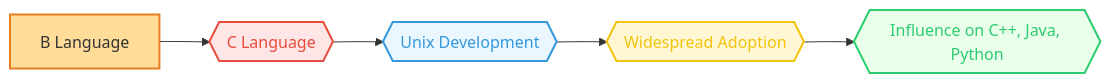
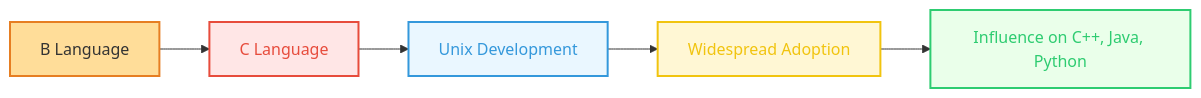
The first of 3 diagrams in _posts/2024-11-04-c-language-basics.md (infoyouth/infoyouth.github.io), drawn with Mermaid before and after one commit. The commit also changed other lines of this file and 1 other file, not shown here.

````diff
--- a/_posts/2024-11-04-c-language-basics.md
+++ b/_posts/2024-11-04-c-language-basics.md
@@ -58,14 +63,14 @@
 ```mermaid
 graph LR
-    A[B Language] --> B{{<span style="color:#e74c3c">C Language</span>}}
-    B --> C{{<span style="color:#3498db">Unix Development</span>}}
-    C --> D{{<span style="color:#f1c40f">Widespread Adoption</span>}}
-    D --> E{{<span style="color:#2ecc71">Influence on C++, Java, Python</span>}}
+    A[B Language] --> B[<span style="color:#e74c3c">C Language</span>]
+    B --> C[<span style="color:#3498db">Unix Development</span>]
+    C --> D[<span style="color:#f1c40f">Widespread Adoption</span>]
+    D --> E[<span style="color:#2ecc71">Influence on C++, Java, Python</span>]
     
     style A fill:#ffdd99,stroke:#e67e22,stroke-width:2px;
     style B fill:#ffe6e6,stroke:#e74c3c,stroke-width:2px;
     style C fill:#eaf7ff,stroke:#3498db,stroke-width:2px;
     style D fill:#fff7d4,stroke:#f1c40f,stroke-width:2px;
     style E fill:#eaffea,stroke:#2ecc71,stroke-width:2px;
 
 ```
````
